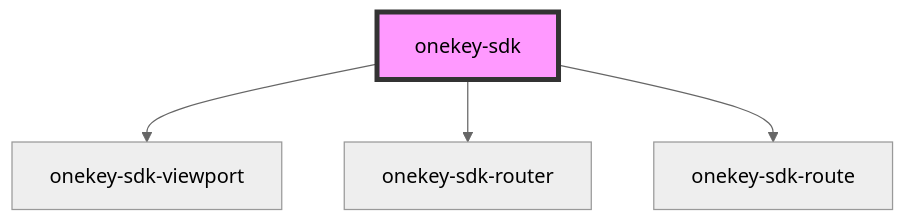
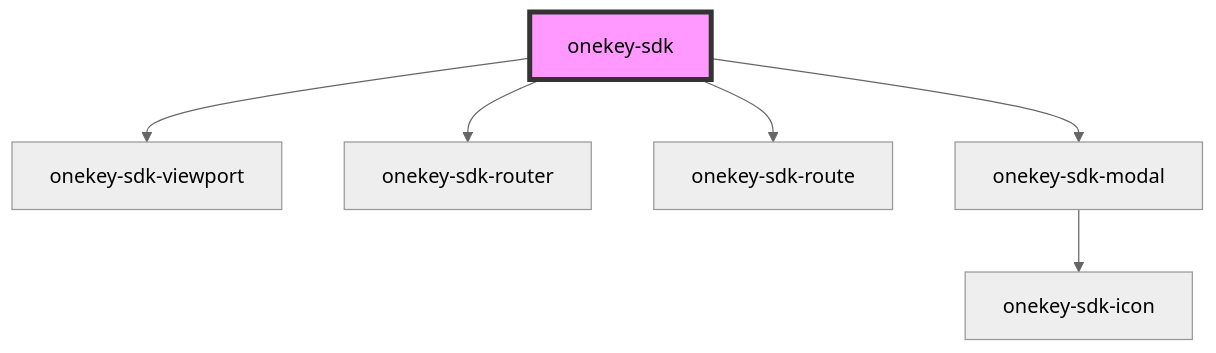
One commit to hcl-sdk/HealthCareLocatorWebSDK changed the diagram in packages/onekey-sdk-core-ui/docs/components/screens/onekey-sdk/readme.md. Above: the diagram before and after it, drawn with Mermaid (neutral theme). The commit also changed other lines of this file and 57 other files, not shown here.

````diff
--- a/packages/onekey-sdk-core-ui/docs/components/screens/onekey-sdk/readme.md
+++ b/packages/onekey-sdk-core-ui/docs/components/screens/onekey-sdk/readme.md
@@ -37,7 +38,9 @@
 ```mermaid
 graph TD;
   onekey-sdk --> onekey-sdk-viewport
   onekey-sdk --> onekey-sdk-router
   onekey-sdk --> onekey-sdk-route
+  onekey-sdk --> onekey-sdk-modal
+  onekey-sdk-modal --> onekey-sdk-icon
   style onekey-sdk fill:#f9f,stroke:#333,stroke-width:4px
 ```
````
